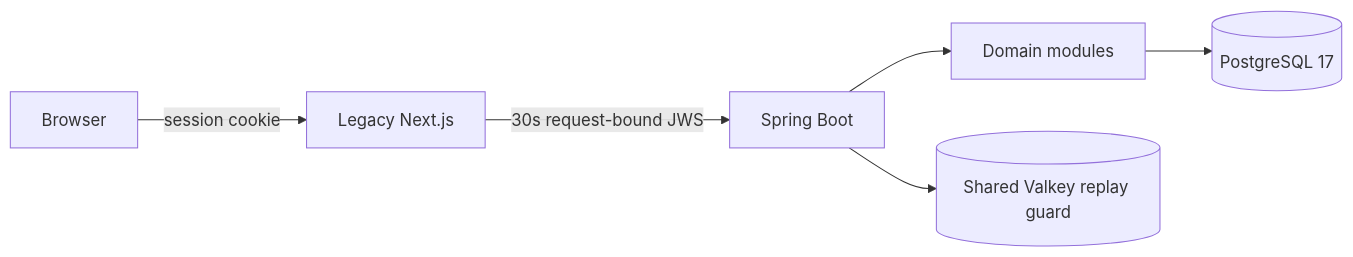
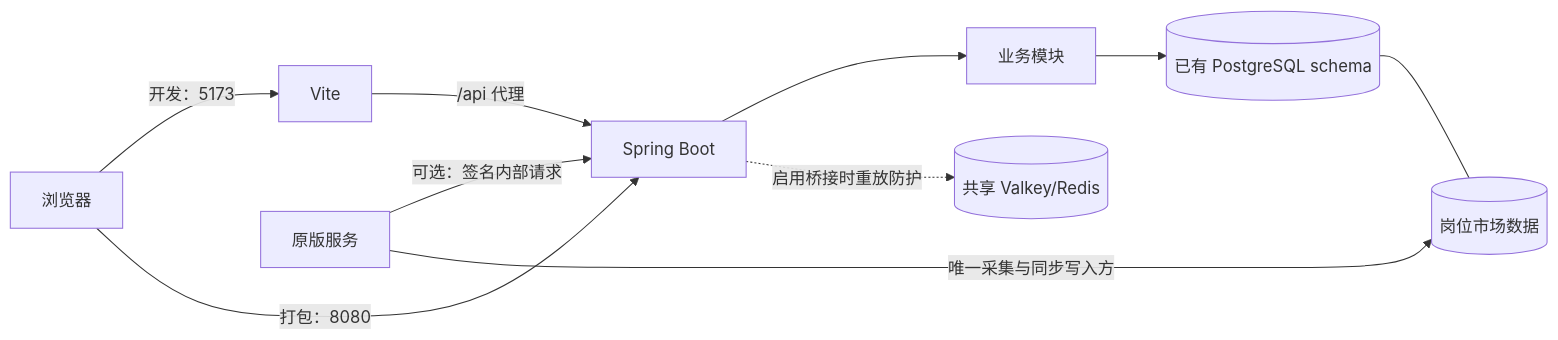
One commit to HangChi/JobTrace-Java changed the diagram in docs/architecture.md. Above: the diagram before and after it, drawn with Mermaid. The commit also changed other lines of this file and 723 other files, not shown here.

````diff
--- a/docs/architecture.md
+++ b/docs/architecture.md
@@ -5,8 +5,12 @@
 ```mermaid
 flowchart LR
-  Browser -->|session cookie| Legacy[Legacy Next.js]
-  Legacy -->|30s request-bound JWS| Spring[Spring Boot]
-  Spring --> Modules[Domain modules]
-  Modules --> PG[(PostgreSQL 17)]
-  Spring --> Replay[(Shared Valkey replay guard)]
+  Browser[浏览器] -->|开发：5173| Vite[Vite]
+  Browser -->|打包：8080| Java[Spring Boot]
+  Vite -->|/api 代理| Java
+  Java --> Modules[业务模块]
+  Modules --> PG[(已有 PostgreSQL schema)]
+  Legacy[原版服务] -->|可选：签名内部请求| Java
+  Java -. 启用桥接时重放防护 .-> Redis[(共享 Valkey/Redis)]
+  Legacy -->|唯一采集与同步写入方| Market[(岗位市场数据)]
+  PG --- Market
 ```
````
